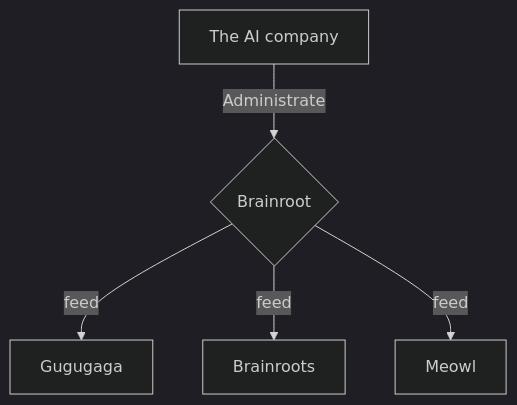
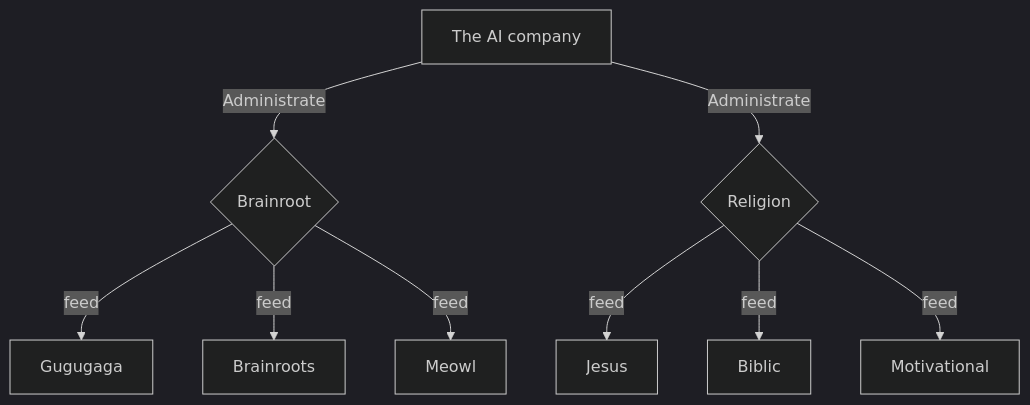
One commit to ColcheteDAO/AI changed the diagram in org.md. Above: the diagram before and after it, drawn with Mermaid (dark theme).

Commit message:
docs: add religion
https://mermaid.live/edit#pako:eNptUUtvwjAM_iuVzwWxPtQ2h0kFNgYSl22ntRyyxrTR2gSlyRgr_PeF8hDS8MnO94rsDgrJEAisa7ktKqq08z7NhWMrzd4rdNK5U8hmQ8Vu5QwGj_uUNVzwViuqce9MurGiXCgp9eGkmvSsNSLbO9NsZkpT0pKu_oNP2VXa3oGfsyXKbX1G0jvZs-4Va15yKc7Rsxv5S7bA1lyMb5F5NuafNS_uQItsKTX_ptp60noFLjSoGsqZ3U93pOegK2wwB2JbRtVXDrk4WB41Wr7tRAFEK4MuKGnKCsia1q2dzIbZH085LRVtrq92px9SNhdJqY45ZzkKhmoijdBA4sTryUA6-AHi-cPAj8KHUZwkIy_2w8CFHRA_GHpJ6MVJHCSRbaKDC7-9_WgYR6ELyLiWanm6dn_0wx9YYaIj

````diff
--- a/org.md
+++ b/org.md
@@ -1,7 +1,11 @@
 ```mermaid
 flowchart TD
     A[The AI company] -->|Administrate| C{Brainroot}
     C -->|feed| D[Gugugaga]
     C -->|feed| E[Brainroots]
     C -->|feed| F[Meowl]
+    A -->|Administrate| G{Religion}
+    G -->|feed| H[Jesus]
+    G -->|feed| I[Biblic]
+    G -->|feed| J[Motivational]
 ```
````
